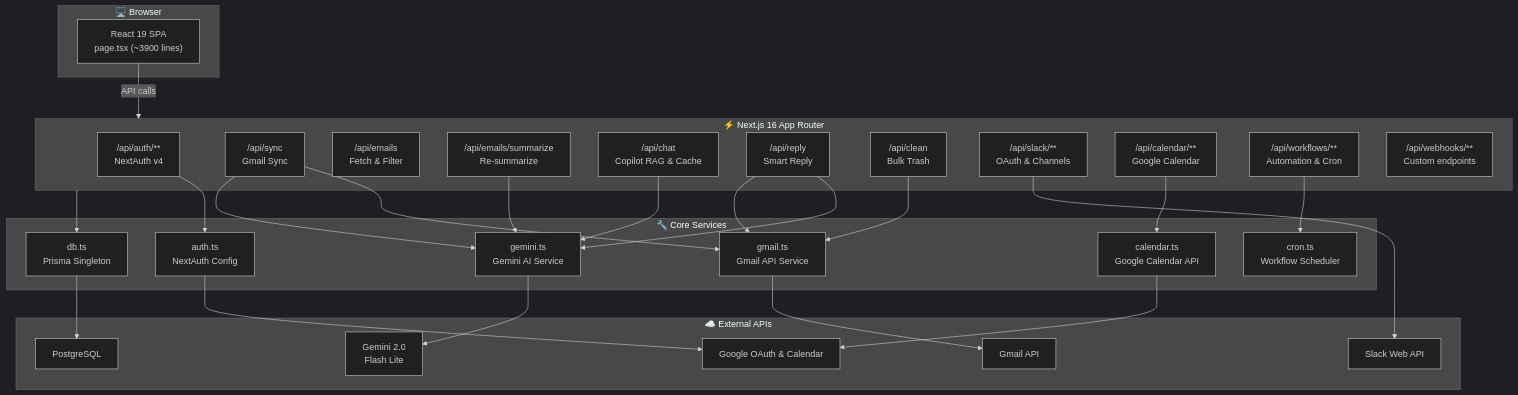
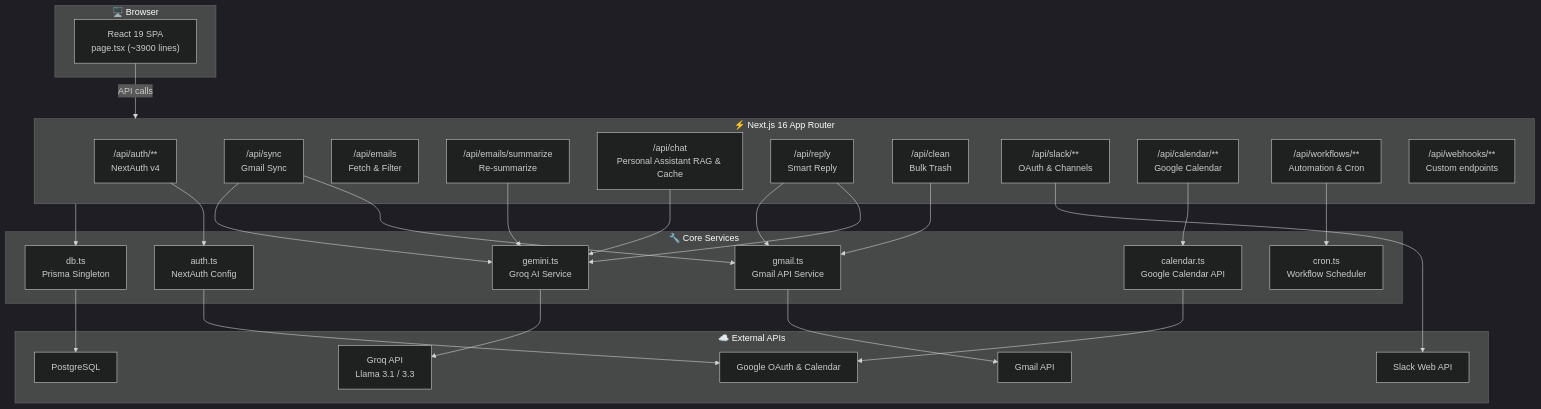
Before and after one commit to Vamshidathrika/repeatless-email-ai-assistant: the first of 2 diagrams in README.md, drawn with Mermaid (dark theme). The commit also changed other lines of this file and 2 other files, not shown here.

Commit message:
docs: update README, ARCHITECTURE, and DEPLOYMENT for Slack/Webhook integrations

````diff
--- a/README.md
+++ b/README.md
@@ -229,51 +231,51 @@
 ```mermaid
 graph TB
     subgraph Client["🖥️ Browser"]
         UI["React 19 SPA<br/>page.tsx (~3900 lines)"]
     end
 
     subgraph NextJS["⚡ Next.js 16 App Router"]
         Auth["/api/auth/**<br/>NextAuth v4"]
         Sync["/api/sync<br/>Gmail Sync"]
         Emails["/api/emails<br/>Fetch & Filter"]
         Summarize["/api/emails/summarize<br/>Re-summarize"]
-        Chat["/api/chat<br/>Copilot RAG & Cache"]
+        Chat["/api/chat<br/>Personal Assistant RAG & Cache"]
         Reply["/api/reply<br/>Smart Reply"]
         Clean["/api/clean<br/>Bulk Trash"]
         Slack["/api/slack/**<br/>OAuth & Channels"]
         Calendar["/api/calendar/**<br/>Google Calendar"]
         Workflows["/api/workflows/**<br/>Automation & Cron"]
         Webhooks["/api/webhooks/**<br/>Custom endpoints"]
     end
 
     subgraph Services["🔧 Core Services"]
-        GeminiSvc["gemini.ts<br/>Gemini AI Service"]
+        AISvc["gemini.ts<br/>Groq AI Service"]
         GmailSvc["gmail.ts<br/>Gmail API Service"]
         AuthCfg["auth.ts<br/>NextAuth Config"]
         DB["db.ts<br/>Prisma Singleton"]
         CronSvc["cron.ts<br/>Workflow Scheduler"]
         CalendarSvc["calendar.ts<br/>Google Calendar API"]
     end
 
     subgraph External["☁️ External APIs"]
         Google["Google OAuth & Calendar"]
         Gmail["Gmail API"]
         SlackAPI["Slack Web API"]
-        Gemini["Gemini 2.0<br/>Flash Lite"]
+        Groq["Groq API<br/>Llama 3.1 / 3.3"]
         PG["PostgreSQL"]
     end
 
     UI -->|API calls| NextJS
     Auth --> AuthCfg --> Google
     Sync --> GmailSvc --> Gmail
-    Sync --> GeminiSvc --> Gemini
-    Summarize --> GeminiSvc
-    Chat --> GeminiSvc
-    Reply --> GeminiSvc
+    Sync --> AISvc --> Groq
+    Summarize --> AISvc
+    Chat --> AISvc
+    Reply --> AISvc
     Reply --> GmailSvc
     Clean --> GmailSvc
     Slack --> SlackAPI
     Calendar --> CalendarSvc --> Google
     Workflows --> CronSvc
     NextJS --> DB --> PG
 ```
````
